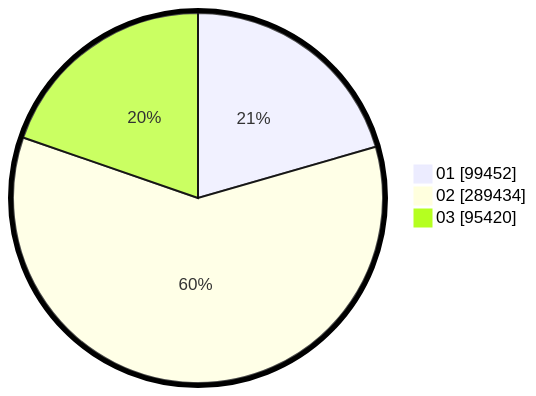
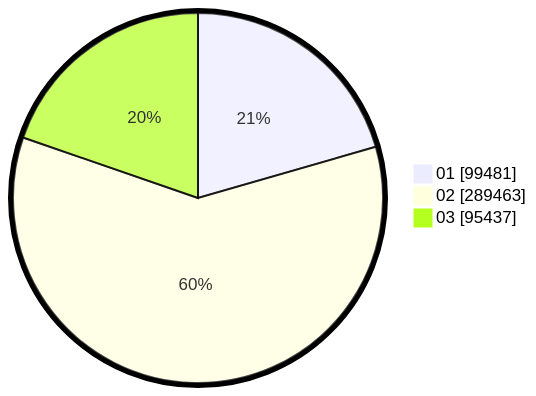
The second of 2 diagrams in pilpres/hitung-suara/sub/table-wilayah-99.md (gigit-pemilu/pemilu-2024), drawn with Mermaid before and after one commit. The commit also changed other lines of this file and 8 other files, not shown here.

````diff
--- a/pilpres/hitung-suara/sub/table-wilayah-99.md
+++ b/pilpres/hitung-suara/sub/table-wilayah-99.md
@@ -15,7 +15,7 @@
 ```mermaid
 %%{init: {"pie": {"textPosition": 0.5}, "themeVariables": {"pieOuterStrokeWidth": "5px"}} }%%
 pie showData
-    "01" : 99452
-    "02" : 289434
-    "03" : 95420
+    "01" : 99481
+    "02" : 289463
+    "03" : 95437
 ```
````
